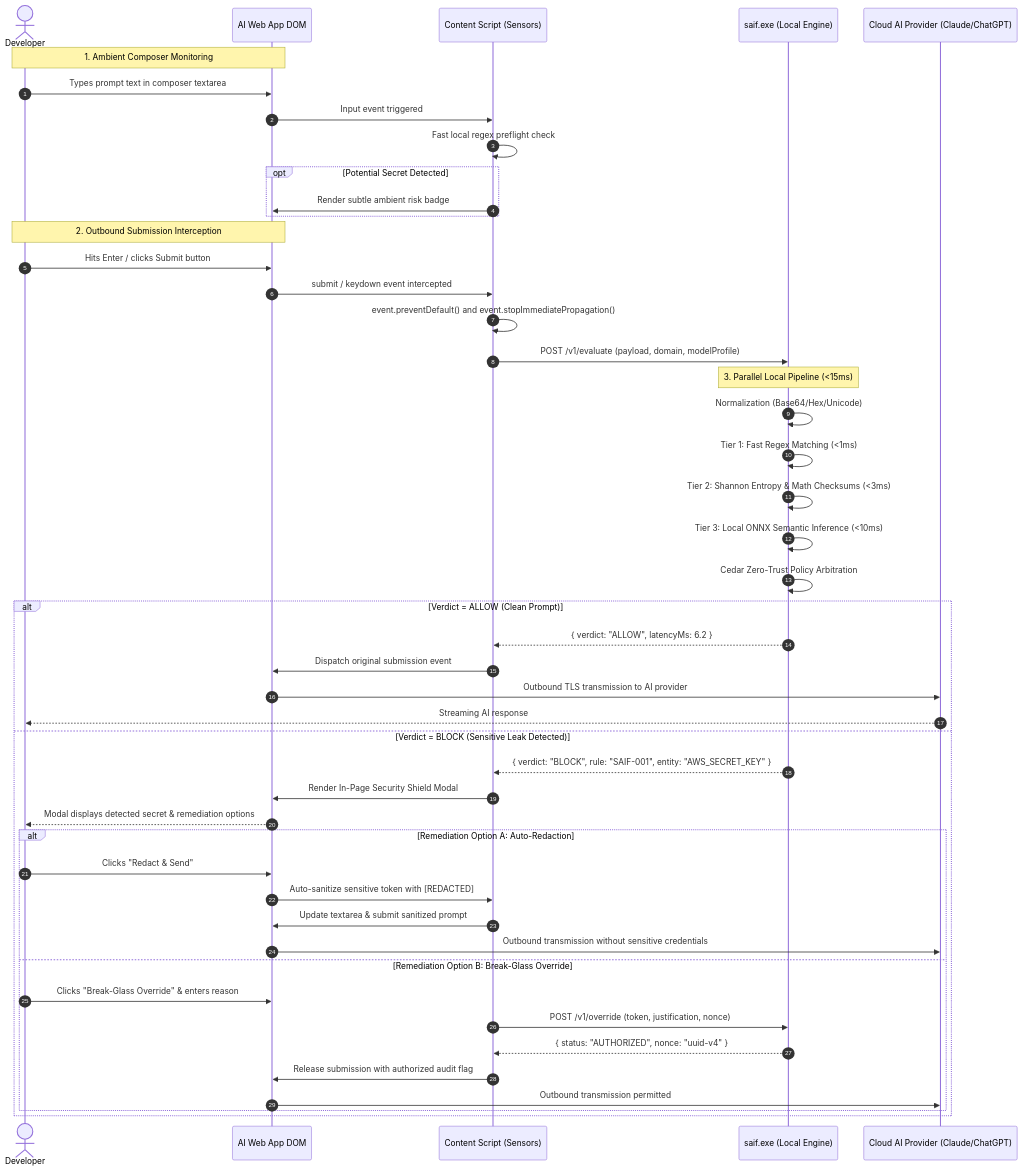
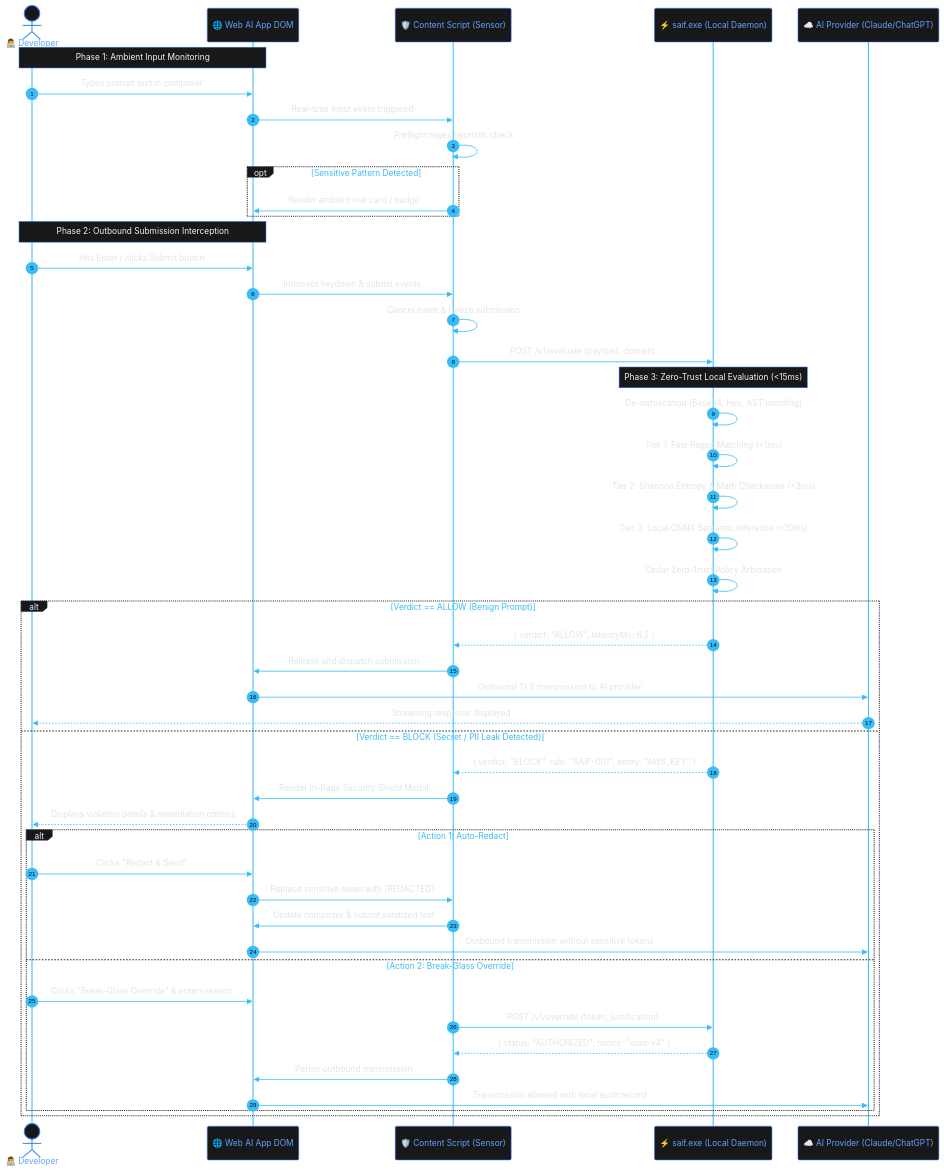
The second of 5 diagrams in docs/ARCHITECTURE.md (sudohackfu/saif-free-tier), drawn with Mermaid before and after one commit. The commit also changed other lines of this file and 3 other files, not shown here.

Commit message:
docs(style): theme Mermaid diagrams to match dark cybersecurity aesthetic and embed infographics

````diff
--- a/docs/ARCHITECTURE.md
+++ b/docs/ARCHITECTURE.md
@@ -73,54 +104,77 @@
 ```mermaid
+%%{init: {
+  'theme': 'base',
+  'themeVariables': {
+    'darkMode': true,
+    'background': '#09090b',
+    'actorBkg': '#18181b',
+    'actorBorder': '#3b82f6',
+    'actorTextColor': '#60a5fa',
+    'actorLineColor': '#38bdf8',
+    'signalColor': '#38bdf8',
+    'signalTextColor': '#e4e4e7',
+    'noteBkgColor': '#18181b',
+    'noteBorderColor': '#3b82f6',
+    'noteTextColor': '#f4f4f5',
+    'labelBoxBkgColor': '#18181b',
+    'labelBoxBorderColor': '#27272a',
+    'labelTextColor': '#f4f4f5',
+    'loopTextColor': '#38bdf8',
+    'altSectionBkgColor': '#121217',
+    'fontFamily': 'Inter, system-ui, -apple-system, sans-serif',
+    'fontSize': '13px'
+  }
+}}%%
 sequenceDiagram
     autonumber
-    actor Dev as Developer
-    participant Page as AI Web App DOM
-    participant CS as Content Script (Sensors)
-    participant Daemon as saif.exe (Local Engine)
-    participant AI as Cloud AI Provider (Claude/ChatGPT)
+    actor Dev as 👨‍💻 Developer
+    participant Page as 🌐 Web AI App DOM
+    participant CS as 🛡️ Content Script (Sensor)
+    participant Daemon as ⚡ saif.exe (Local Daemon)
+    participant AI as ☁️ AI Provider (Claude/ChatGPT)
 
-    Note over Dev,Page: 1. Ambient Composer Monitoring
-    Dev->>Page: Types prompt text in composer textarea
-    Page->>CS: Input event triggered
-    CS->>CS: Fast local regex preflight check
-    opt Potential Secret Detected
-        CS->>Page: Render subtle ambient risk badge
+    Note over Dev,Page: Phase 1: Ambient Input Monitoring
+    Dev->>Page: Types prompt text in composer
+    Page->>CS: Real-time input event triggered
+    CS->>CS: Preflight regex heuristic check
+    opt Sensitive Pattern Detected
+        CS->>Page: Render ambient risk card / badge
     end
 
-    Note over Dev,Page: 2. Outbound Submission Interception
+    Note over Dev,Page: Phase 2: Outbound Submission Interception
     Dev->>Page: Hits Enter / clicks Submit button
-    Page->>CS: submit / keydown event intercepted
-    CS->>CS: event.preventDefault() and event.stopImmediatePropagation()
-    CS->>Daemon: POST /v1/evaluate (payload, domain, modelProfile)
+    Page->>CS: Intercept keydown & submit events
+    CS->>CS: Cancel event & freeze submission
+    CS->>Daemon: POST /v1/evaluate (payload, domain)
 
-    Note over Daemon: 3. Parallel Local Pipeline (<15ms)
-    Daemon->>Daemon: Normalization (Base64/Hex/Unicode)
+    Note over Daemon: Phase 3: Zero-Trust Local Evaluation (<15ms)
+    Daemon->>Daemon: De-obfuscation (Base64, Hex, AST unrolling)
     Daemon->>Daemon: Tier 1: Fast Regex Matching (<1ms)
     Daemon->>Daemon: Tier 2: Shannon Entropy & Math Checksums (<3ms)
     Daemon->>Daemon: Tier 3: Local ONNX Semantic Inference (<10ms)
     Daemon->>Daemon: Cedar Zero-Trust Policy Arbitration
 
-    alt Verdict = ALLOW (Clean Prompt)
+    alt Verdict == ALLOW (Benign Prompt)
         Daemon-->>CS: { verdict: "ALLOW", latencyMs: 6.2 }
-        CS->>Page: Dispatch original submission event
+        CS->>Page: Release and dispatch submission
         Page->>AI: Outbound TLS transmission to AI provider
-        AI-->>Dev: Streaming AI response
-    else Verdict = BLOCK (Sensitive Leak Detected)
-        Daemon-->>CS: { verdict: "BLOCK", rule: "SAIF-001", entity: "AWS_SECRET_KEY" }
+        AI-->>Dev: Streaming response displayed
+    else Verdict == BLOCK (Secret / PII Leak Detected)
+        Daemon-->>CS: { verdict: "BLOCK", rule: "SAIF-001", entity: "AWS_KEY" }
         CS->>Page: Render In-Page Security Shield Modal
-        Page-->>Dev: Modal displays detected secret & remediation options
-        
-        alt Remediation Option A: Auto-Redaction
+        Page-->>Dev: Displays violation details & remediation options
+
+        alt Action 1: Auto-Redact
             Dev->>Page: Clicks "Redact & Send"
-            Page->>CS: Auto-sanitize sensitive token with [REDACTED]
-            CS->>Page: Update textarea & submit sanitized prompt
-            Page->>AI: Outbound transmission without sensitive credentials
-        else Remediation Option B: Break-Glass Override
+            Page->>CS: Replace sensitive token with [REDACTED]
+            CS->>Page: Update composer & submit sanitized text
+            Page->>AI: Outbound transmission without sensitive tokens
+        else Action 2: Break-Glass Override
             Dev->>Page: Clicks "Break-Glass Override" & enters reason
-            CS->>Daemon: POST /v1/override (token, justification, nonce)
+            CS->>Daemon: POST /v1/override (token, justification)
             Daemon-->>CS: { status: "AUTHORIZED", nonce: "uuid-v4" }
-            CS->>Page: Release submission with authorized audit flag
-            Page->>AI: Outbound transmission permitted
+            CS->>Page: Permit outbound transmission
+            Page->>AI: Transmission allowed with local audit record
         end
     end
 ```
````
